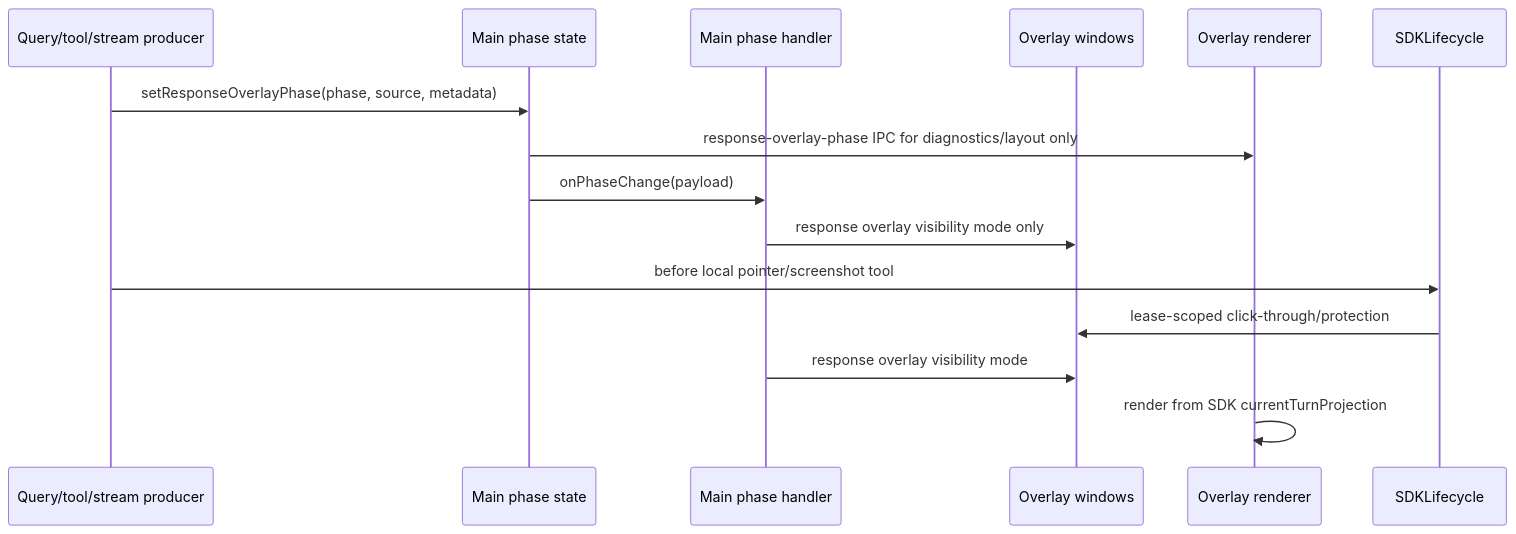
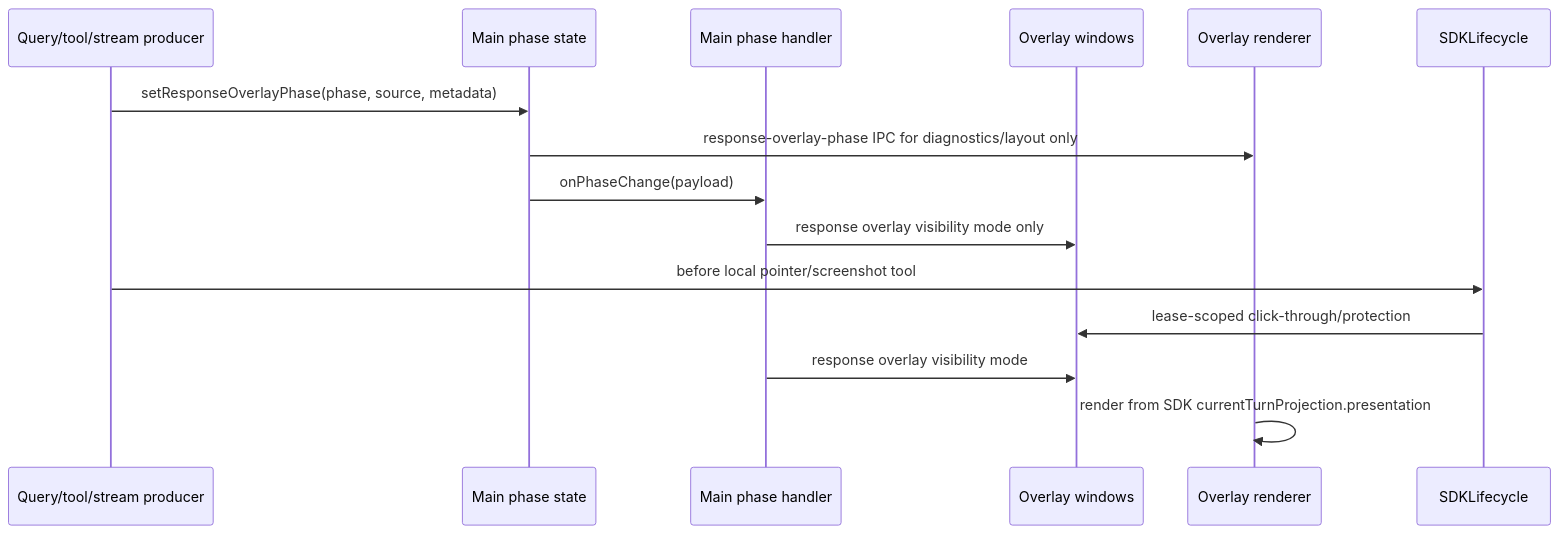
The diagram in docs/frontend/runtime/overlay_phase_and_surface_change_workflow.md (buiilding/My_Own_OpenClaw), drawn with Mermaid before and after one commit. The commit also changed other lines of this file and 22 other files, not shown here.

````diff
--- a/docs/frontend/runtime/overlay_phase_and_surface_change_workflow.md
+++ b/docs/frontend/runtime/overlay_phase_and_surface_change_workflow.md
@@ -58,17 +59,17 @@
 ```mermaid
 sequenceDiagram
     participant Producer as Query/tool/stream producer
     participant MainState as Main phase state
     participant MainHandler as Main phase handler
     participant Windows as Overlay windows
     participant Renderer as Overlay renderer
 
     Producer->>MainState: setResponseOverlayPhase(phase, source, metadata)
     MainState->>Renderer: response-overlay-phase IPC for diagnostics/layout only
     MainState->>MainHandler: onPhaseChange(payload)
     MainHandler->>Windows: response overlay visibility mode only
     Producer->>SDKLifecycle: before local pointer/screenshot tool
     SDKLifecycle->>Windows: lease-scoped click-through/protection
     MainHandler->>Windows: response overlay visibility mode
-    Renderer->>Renderer: render from SDK currentTurnProjection
+    Renderer->>Renderer: render from SDK currentTurnProjection.presentation
 ```
````
